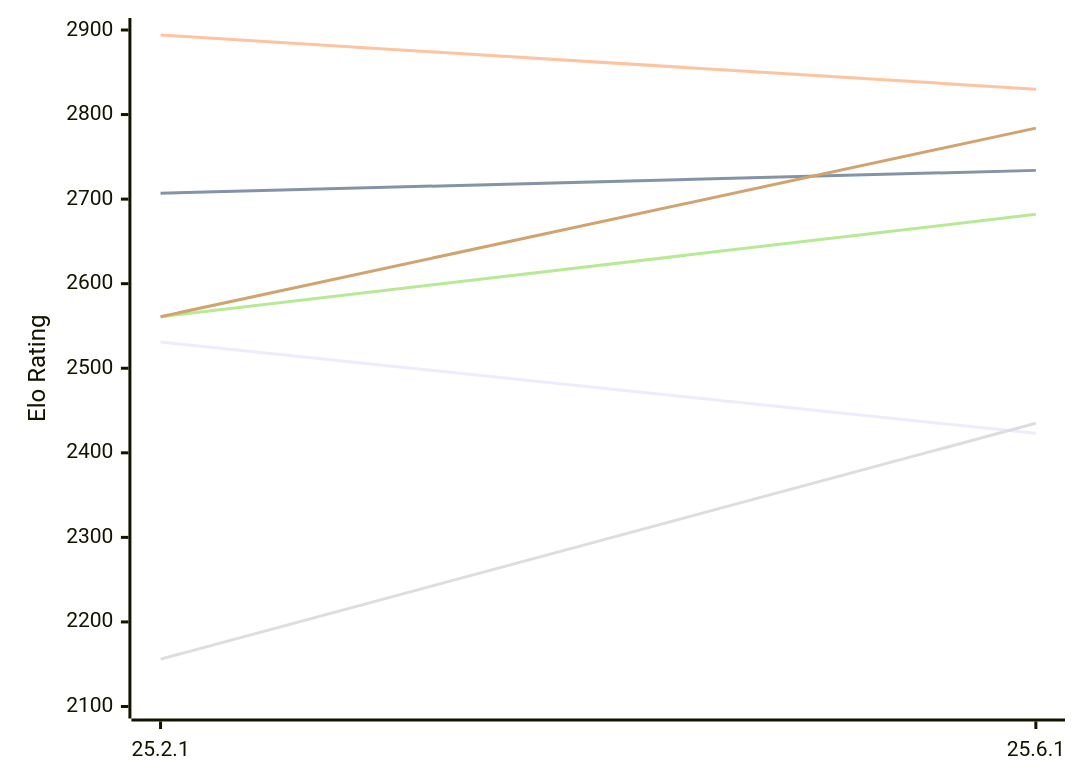
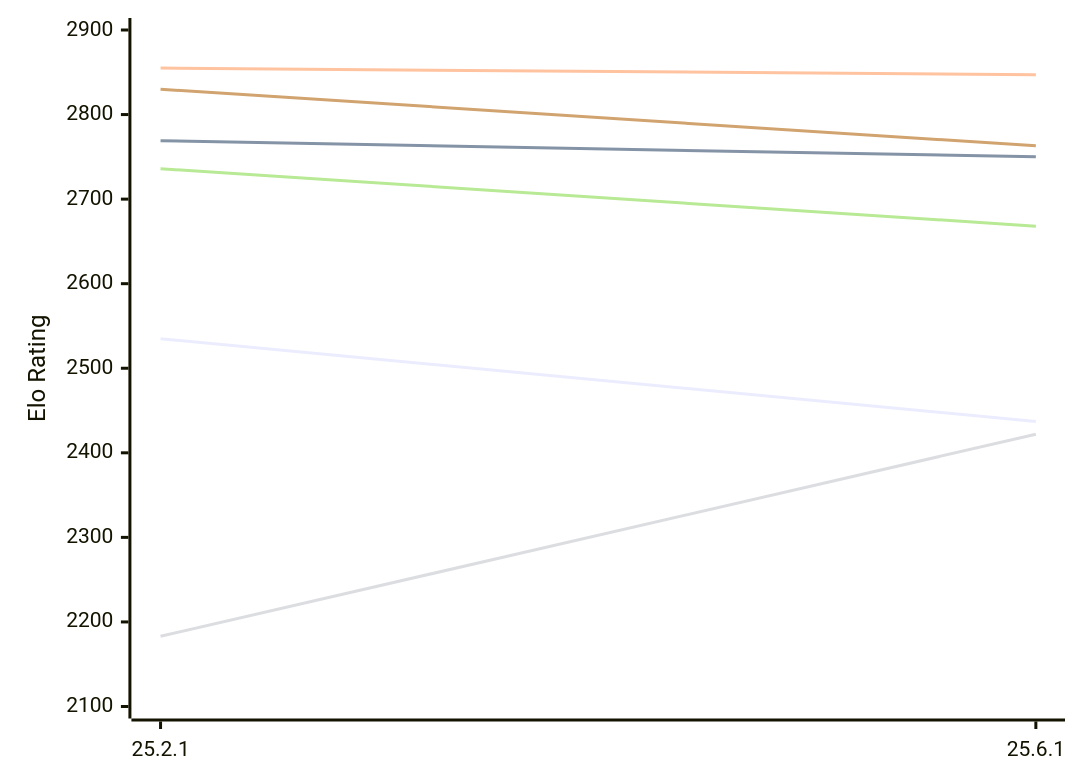
Before and after one commit to computer-chess-index/cci: the first of 2 diagrams in engines/Crafty.md, drawn with Mermaid. The commit also changed other lines of this file, not shown here.

Commit message:
Update CCI Ratings (ELO VLTC) - 2026-11-14

````diff
--- a/engines/Crafty.md
+++ b/engines/Crafty.md
@@ -50,12 +50,12 @@
 ```mermaid
 %%{init: {"theme":"base","themeVariables":{"seriesColors:['#a3a3a3','#222221','#faa371']}}}%%
 xychart-beta
   x-axis ["25.2.1", "25.6.1"]
   y-axis "Elo Rating" 2100 --> 2900
-  line "E1: STC (8.0+0.08s)" [2531, 2423]
-  line "E1: LTC (60.0+0.60s)" [2707, 2734]
-  line "E1: VLTC (2m24s+1.12s)" [2894, 2830]
-  line "P1: STC (8.0+0.08s)" [2156, 2435]
-  line "P1: LTC (60.0+0.60s)" [2561, 2682]
-  line "P1: VLTC (2m24s+1.12s)" [2561, 2784]
+  line "E1: STC (8.0+0.08s)" [2535, 2437]
+  line "E1: LTC (60.0+0.60s)" [2769, 2750]
+  line "E1: VLTC (2m24s+1.12s)" [2855, 2847]
+  line "P1: STC (8.0+0.08s)" [2183, 2422]
+  line "P1: LTC (60.0+0.60s)" [2736, 2668]
+  line "P1: VLTC (2m24s+1.12s)" [2830, 2763]
 ```
````
